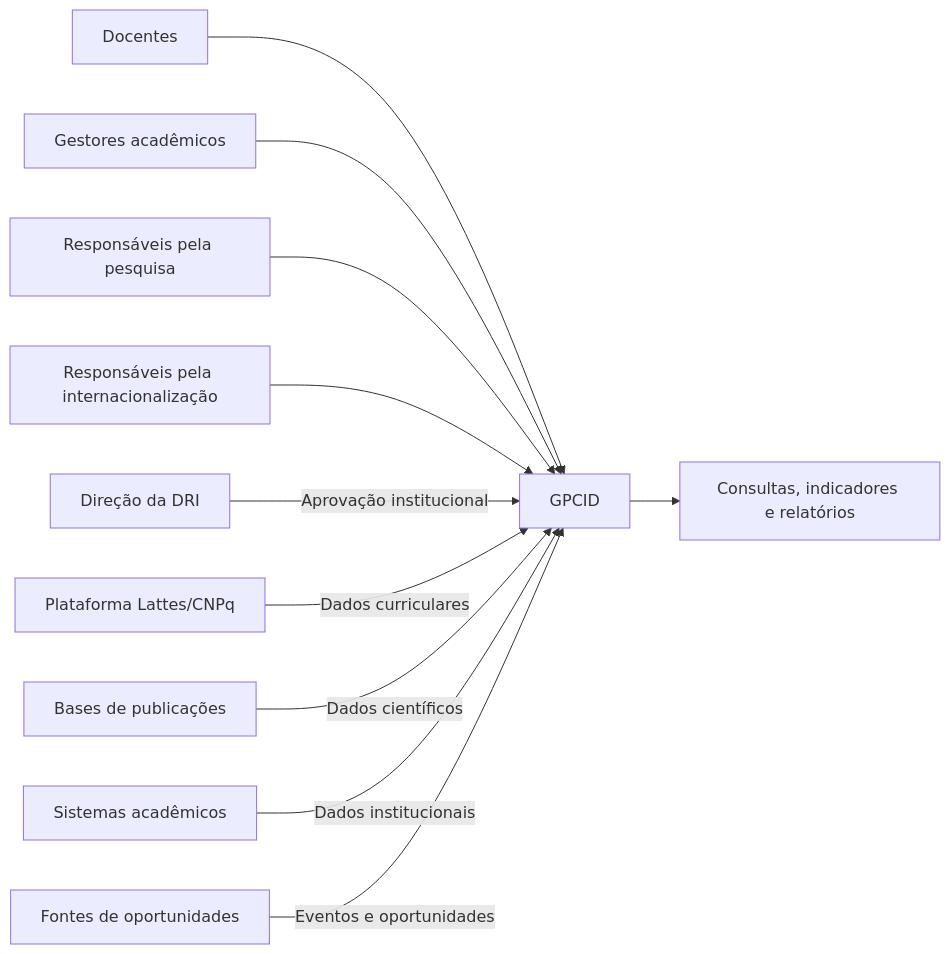
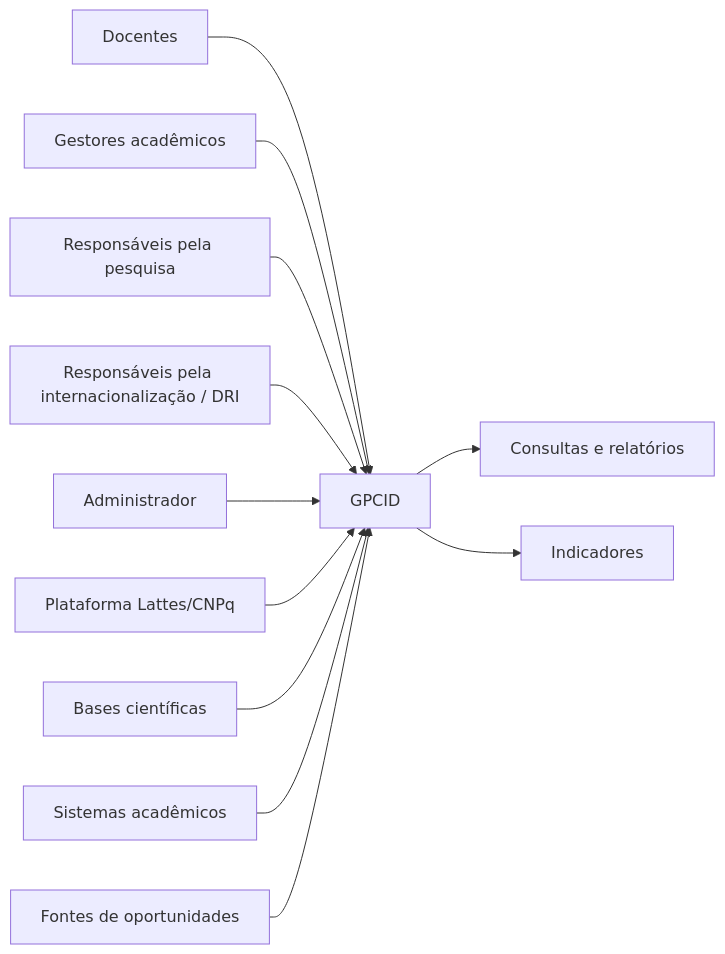
One commit to PseudoQuimera/requisitos-2026-02-Equipe3 changed the diagram in Doc/Especificação de Requisito de Software.md. Above: the diagram before and after it, drawn with Mermaid. The commit also changed other lines of this file and 2 other files, not shown here.

````diff
--- a/Doc/Especificação de Requisito de Software.md
+++ b/Doc/Especificação de Requisito de Software.md
@@ -419,15 +255,16 @@
 ```mermaid
 flowchart LR
-    D[Docentes] --> S[GPCID]
-    G[Gestores acadêmicos] --> S
-    P[Responsáveis pela pesquisa] --> S
-    I[Responsáveis pela internacionalização] --> S
-    R[Direção da DRI] -->|Aprovação institucional| S
+    D[Docentes] --> G[GPCID]
+    GA[Gestores acadêmicos] --> G
+    P[Responsáveis pela pesquisa] --> G
+    I[Responsáveis pela internacionalização / DRI] --> G
+    ADM[Administrador] --> G
 
-    L[Plataforma Lattes/CNPq] -->|Dados curriculares| S
-    B[Bases de publicações] -->|Dados científicos| S
-    U[Sistemas acadêmicos] -->|Dados institucionais| S
-    E[Fontes de oportunidades] -->|Eventos e oportunidades| S
+    L[Plataforma Lattes/CNPq] --> G
+    B[Bases científicas] --> G
+    S[Sistemas acadêmicos] --> G
+    O[Fontes de oportunidades] --> G
 
-    S --> O[Consultas, indicadores e relatórios]
+    G --> R[Consultas e relatórios]
+    G --> IND[Indicadores]
 ```
````
